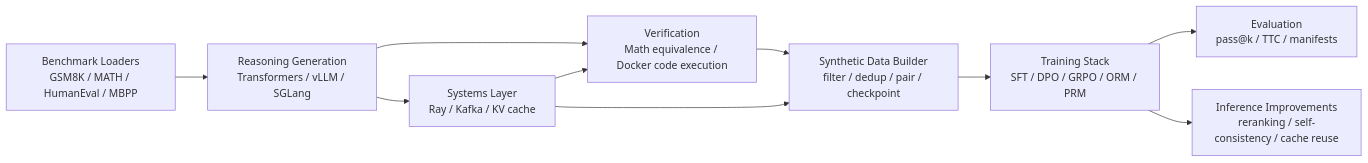
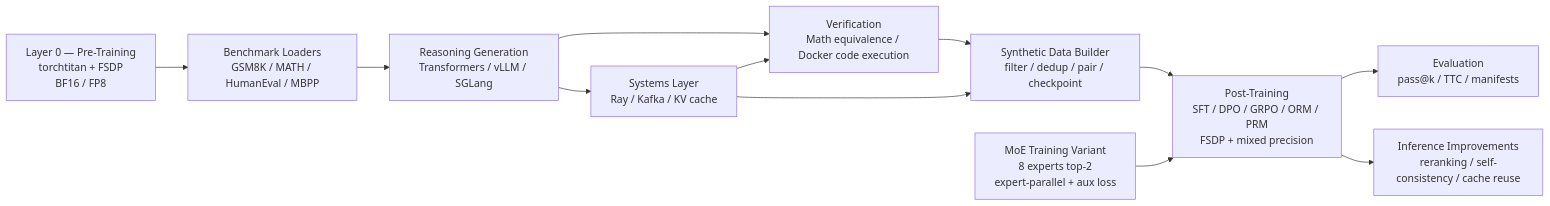
Before and after one commit to DevDesai444/Distributed-Reasoning-Loop: the first of 2 diagrams in README.md, drawn with Mermaid. The commit also changed other lines of this file and 1 other file, not shown here.

First line of the commit message:
Rewrite README and requirements around the new training-systems layer

````diff
--- a/README.md
+++ b/README.md
@@ -61,12 +61,14 @@
 ```mermaid
 flowchart LR
+    P["Layer 0 — Pre-Training<br/>torchtitan + FSDP<br/>BF16 / FP8"] --> A
     A["Benchmark Loaders<br/>GSM8K / MATH / HumanEval / MBPP"] --> B["Reasoning Generation<br/>Transformers / vLLM / SGLang"]
     B --> C["Verification<br/>Math equivalence / Docker code execution"]
     C --> D["Synthetic Data Builder<br/>filter / dedup / pair / checkpoint"]
-    D --> E["Training Stack<br/>SFT / DPO / GRPO / ORM / PRM"]
+    D --> E["Post-Training<br/>SFT / DPO / GRPO / ORM / PRM<br/>FSDP + mixed precision"]
+    M["MoE Training Variant<br/>8 experts top-2<br/>expert-parallel + aux loss"] --> E
     E --> F["Evaluation<br/>pass@k / TTC / manifests"]
     E --> G["Inference Improvements<br/>reranking / self-consistency / cache reuse"]
     B --> H["Systems Layer<br/>Ray / Kafka / KV cache"]
     H --> C
     H --> D
 ```
````
